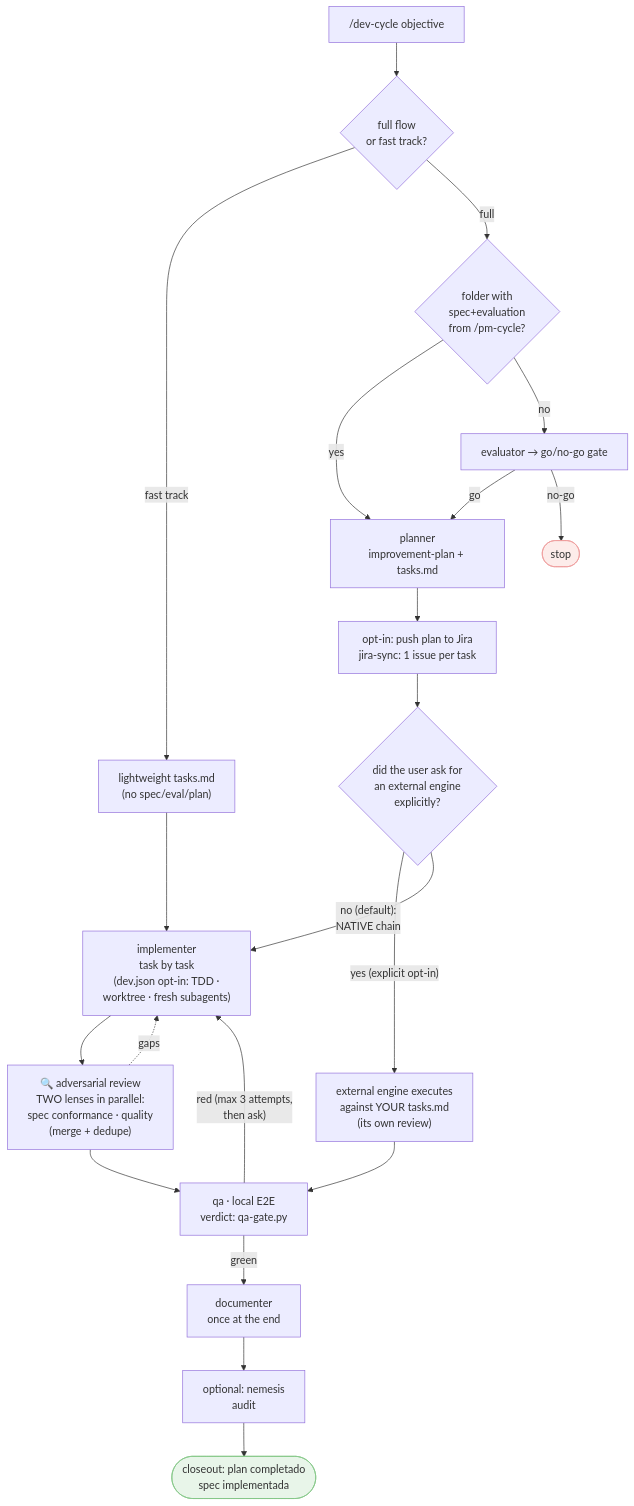
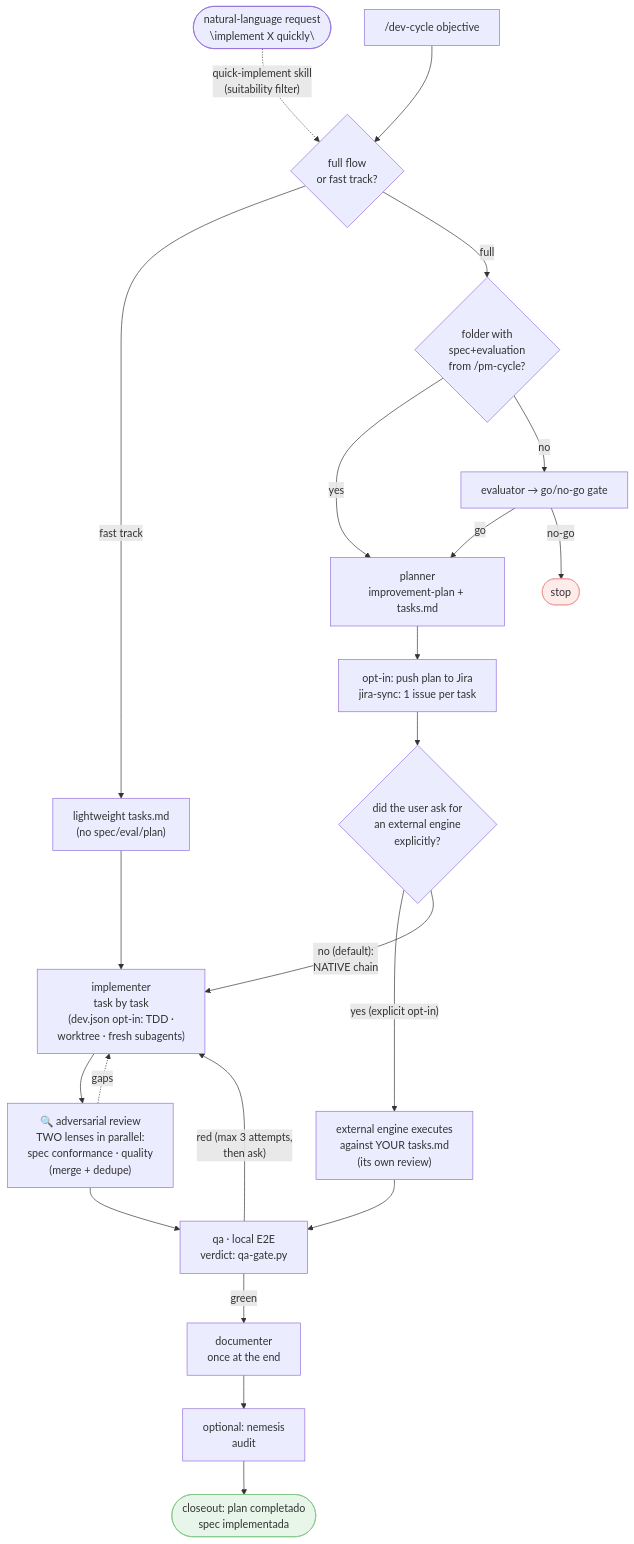
One commit to daycry/custom-agents changed the fourth of 9 diagrams in docs/en/FLOWS.md. Above: the diagram before and after it, drawn with Mermaid. The commit also changed other lines of this file and 16 other files, not shown here.

Commit message:
release 1.12.0: skill quick-implement (atajo en lenguaje natural a la vía rápida)

````diff
--- a/docs/en/FLOWS.md
+++ b/docs/en/FLOWS.md
@@ -78,25 +80,26 @@
 ```mermaid
 flowchart TD
+    NL(["natural-language request<br/>\"implement X quickly\""]) -.->|"quick-implement skill<br/>(suitability filter)"| Z
     A["/dev-cycle objective"] --> Z{"full flow<br/>or fast track?"}
     Z -->|fast track| Q["lightweight tasks.md<br/>(no spec/eval/plan)"]
     Q --> H
     Z -->|full| B{"folder with<br/>spec+evaluation<br/>from /pm-cycle?"}
     B -->|yes| D
     B -->|no| C["evaluator → go/no-go gate"]
     C -->|go| D["planner<br/>improvement-plan + tasks.md"]
     C -->|no-go| X(["stop"])
     D --> E["opt-in: push plan to Jira<br/>jira-sync: 1 issue per task"]
     E --> F{"did the user ask for<br/>an external engine<br/>explicitly?"}
     F -->|"yes (explicit opt-in)"| G["external engine executes<br/>against YOUR tasks.md<br/>(its own review)"]
     F -->|"no (default):<br/>NATIVE chain"| H["implementer<br/>task by task<br/>(dev.json opt-in: TDD ·<br/>worktree · fresh subagents)"]
     H --> R["🔍 adversarial review<br/>TWO lenses in parallel:<br/>spec conformance · quality<br/>(merge + dedupe)"]
     R -.->|gaps| H
     G --> I["qa · local E2E<br/>verdict: qa-gate.py"]
     R --> I
     I -->|"red (max 3 attempts,<br/>then ask)"| H
     I -->|green| J["documenter<br/>once at the end"]
     J --> K["optional: nemesis<br/>audit"]
     K --> L(["closeout: plan completado<br/>spec implementada"])
     style X fill:#fdecea,stroke:#ef9a9a
     style L fill:#e8f5e9,stroke:#81c784
 ```
````
